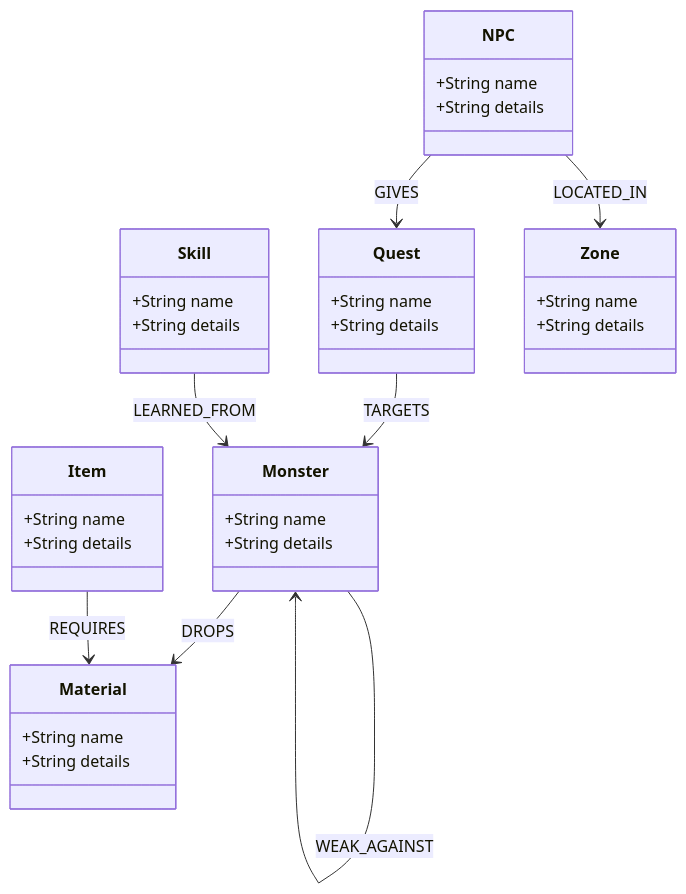
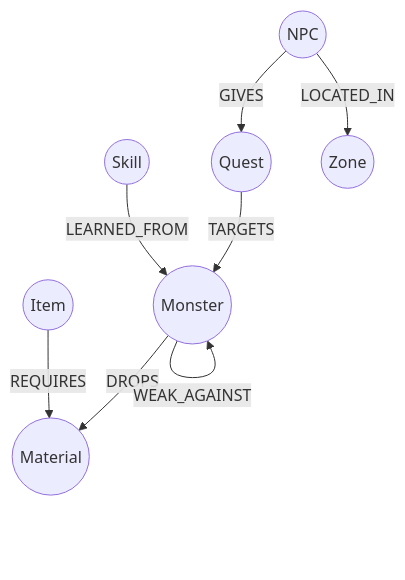
One commit to kurliko/RPG-graph-project changed the third of 3 diagrams in README.md. Above: the diagram before and after it, drawn with Mermaid.

Commit message:
docs(project): change graph schema diagram from class to flowchart for better visual layout

````diff
--- a/README.md
+++ b/README.md
@@ -196,39 +196,20 @@
 ```mermaid
-classDiagram
-    class Monster {
-        +String name
-        +String details
-    }
-    class Material {
-        +String name
-        +String details
-    }
-    class Item {
-        +String name
-        +String details
-    }
-    class NPC {
-        +String name
-        +String details
-    }
-    class Quest {
-        +String name
-        +String details
-    }
-    class Skill {
-        +String name
-        +String details
-    }
-    class Zone {
-        +String name
-        +String details
-    }
+flowchart TD
+    %% Węzły (Etykiety)
+    Monster((Monster))
+    Material((Material))
+    Item((Item))
+    NPC((NPC))
+    Quest((Quest))
+    Skill((Skill))
+    Zone((Zone))
 
-    Monster --> Material : DROPS
-    Monster --> Monster : WEAK_AGAINST
-    Item --> Material : REQUIRES
-    Quest --> Monster : TARGETS
-    NPC --> Quest : GIVES
-    NPC --> Zone : LOCATED_IN
-    Skill --> Monster : LEARNED_FROM
+    %% Relacje
+    Monster -->|DROPS| Material
+    Monster -->|WEAK_AGAINST| Monster
+    Item -->|REQUIRES| Material
+    Quest -->|TARGETS| Monster
+    NPC -->|GIVES| Quest
+    NPC -->|LOCATED_IN| Zone
+    Skill -->|LEARNED_FROM| Monster
 ```
````
